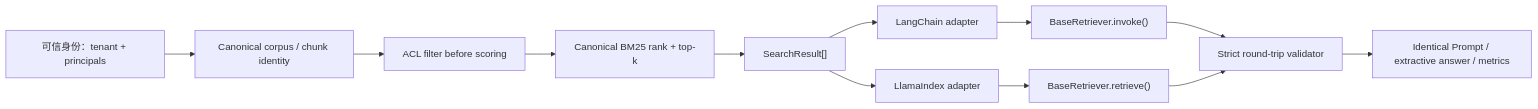
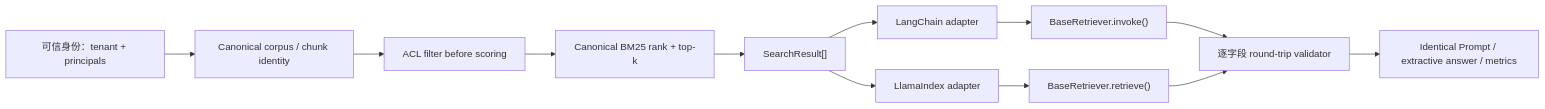
The diagram in docs/practice/projects/rag-framework-adapters.md (NightLemon/about-llm), drawn with Mermaid before and after one commit. The commit also changed other lines of this file and 29 other files, not shown here.

````diff
--- a/docs/practice/projects/rag-framework-adapters.md
+++ b/docs/practice/projects/rag-framework-adapters.md
@@ -26,14 +26,14 @@
 ```mermaid
 flowchart LR
     I["可信身份：tenant + principals"] --> C["Canonical corpus / chunk identity"]
     C --> A["ACL filter before scoring"]
     A --> R["Canonical BM25 rank + top-k"]
     R --> S["SearchResult[]"]
     S --> LCA["LangChain adapter"]
     S --> LIA["LlamaIndex adapter"]
     LCA --> LCR["BaseRetriever.invoke()"]
     LIA --> LIR["BaseRetriever.retrieve()"]
-    LCR --> V["Strict round-trip validator"]
+    LCR --> V["逐字段 round-trip validator"]
     LIR --> V
     V --> P["Identical Prompt / extractive answer / metrics"]
 ```
````
